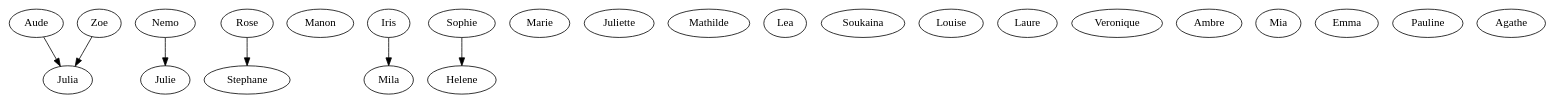
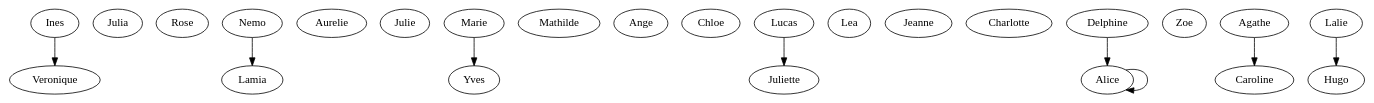
Before and after one commit to Slash-stack/Aquarium: the diagram in output/dotFiles/round14.dot, drawn with Graphviz. The commit also changed 38 other files, not shown here.

```diff
--- a/output/dotFiles/round14.dot
+++ b/output/dotFiles/round14.dot
@@ -1,43 +1,46 @@
 strict digraph G {
-  Aude;
+  Veronique;
+  Julia;
+  Rose;
+  Lamia;
+  Rose;
+  Aurelie;
+  Ines;
+  Veronique;
   Julie;
+  Yves;
+  Marie;
+  Lamia;
+  Mathilde;
+  Ange;
   Nemo;
-  Rose;
-  Manon;
-  Mila;
-  Helene;
-  Marie;
-  Iris;
+  Chloe;
   Juliette;
-  Juliette;
-  Sophie;
-  Mathilde;
+  Lucas;
+  Aurelie;
   Lea;
-  Juliette;
-  Soukaina;
-  Louise;
-  Laure;
+  Jeanne;
+  Charlotte;
+  Chloe;
+  Alice;
+  Zoe;
+  Alice;
+  Caroline;
+  Hugo;
+  Delphine;
+  Lalie;
   Veronique;
-  Sophie;
-  Soukaina;
-  Iris;
-  Zoe;
-  Ambre;
-  Stephane;
-  Julia;
-  Mia;
-  Rose;
-  Mathilde;
-  Aude;
-  Emma;
-  Zoe;
-  Pauline;
   Agathe;
-  Pauline;
-  Nemo -> Julie;
-  Iris -> Mila;
-  Sophie -> Helene;
-  Rose -> Stephane;
-  Aude -> Julia;
-  Zoe -> Julia;
+  Ines;
+  Chloe;
+  Charlotte;
+  Agathe;
+  Ines -> Veronique;
+  Marie -> Yves;
+  Nemo -> Lamia;
+  Lucas -> Juliette;
+  Alice -> Alice;
+  Delphine -> Alice;
+  Lalie -> Hugo;
+  Agathe -> Caroline;
 }
```
